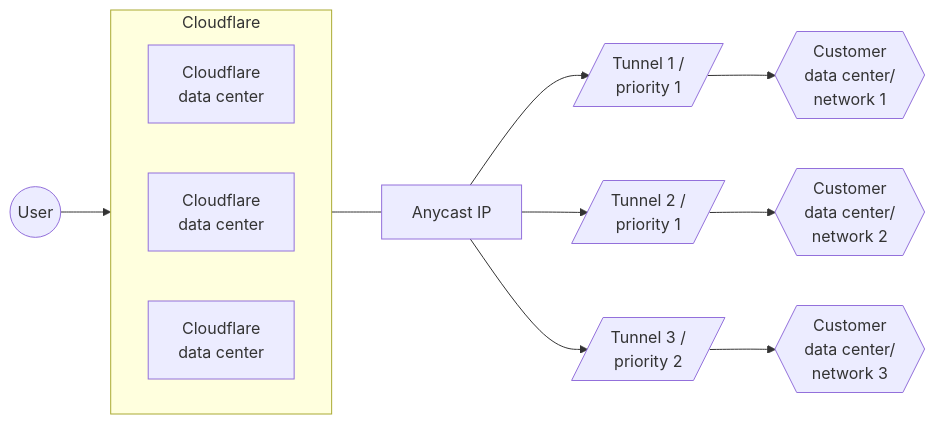
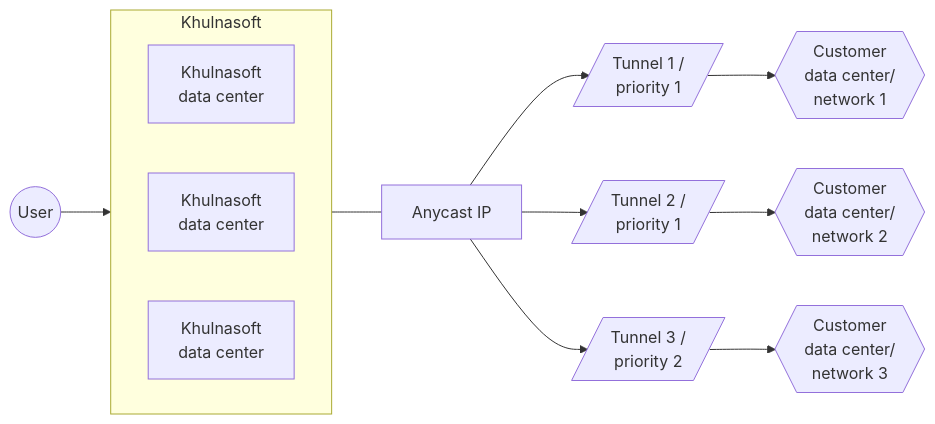
Before and after one commit to NxPKG/khulnasoft-docs: the first of 4 diagrams in content/magic-transit/_partials/_traffic-steering.md, drawn with Mermaid. The commit also changed other lines of this file and 2914 other files, not shown here.

````diff
--- a/content/magic-transit/_partials/_traffic-steering.md
+++ b/content/magic-transit/_partials/_traffic-steering.md
@@ -17,17 +17,17 @@
 ```mermaid
 flowchart LR
 accTitle: Tunnels diagram
 accDescr: The example in this diagram has three tunnel routes. Tunnels 1 and 2 have top priority and Tunnel 3 is secondary.
 
-subgraph Cloudflare
+subgraph Khulnasoft
 direction LR
-B[Cloudflare <br> data center]
-C[Cloudflare <br> data center]
-D[Cloudflare <br> data center]
+B[Khulnasoft <br> data center]
+C[Khulnasoft <br> data center]
+D[Khulnasoft <br> data center]
 end
 
-A((User)) --> Cloudflare --- E[Anycast IP]
+A((User)) --> Khulnasoft --- E[Anycast IP]
 E[Anycast IP] --> F[/Tunnel 1 / <br> priority 1/] --> I{{Customer <br> data center/ <br> network 1}}
 E[Anycast IP] --> G[/Tunnel 2 / <br> priority 1/] --> J{{Customer <br> data center/ <br> network 2}}
 E[Anycast IP] --> H[/Tunnel 3 / <br> priority 2/] --> K{{Customer <br> data center/ <br> network 3}}
 ```
````
